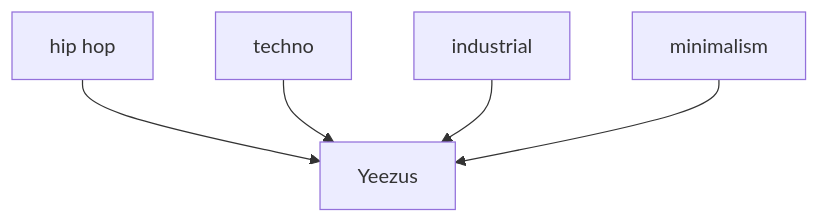
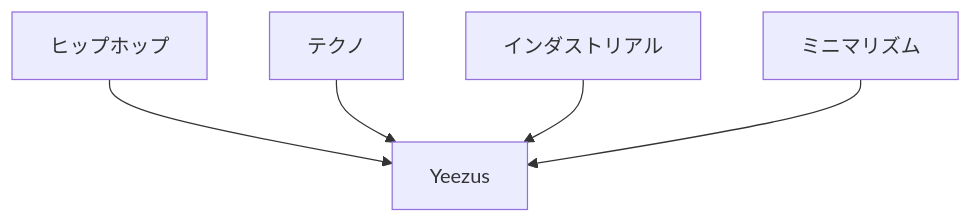
The eighth of 10 diagrams in en/_posts/2026-07-02-column-influential-album-04.md (monumental-movement/monumental-movement.github.io), drawn with Mermaid before and after one commit. The commit also changed other lines of this file and 2196 other files, not shown here.

```diff
--- a/en/_posts/2026-07-02-column-influential-album-04.md
+++ b/en/_posts/2026-07-02-column-influential-album-04.md
@@ -867,14 +867,14 @@
 <div class="mermaid">
 flowchart TD
-A[hip hop]
-B[techno]
-C[industrial]
-D[minimalism]
+A[ヒップホップ]
+B[テクノ]
+C[インダストリアル]
+D[ミニマリズム]
 E[Yeezus]
 
 A --> E
 B --> E
 C --> E
 D --> E
 
 </div>
```
